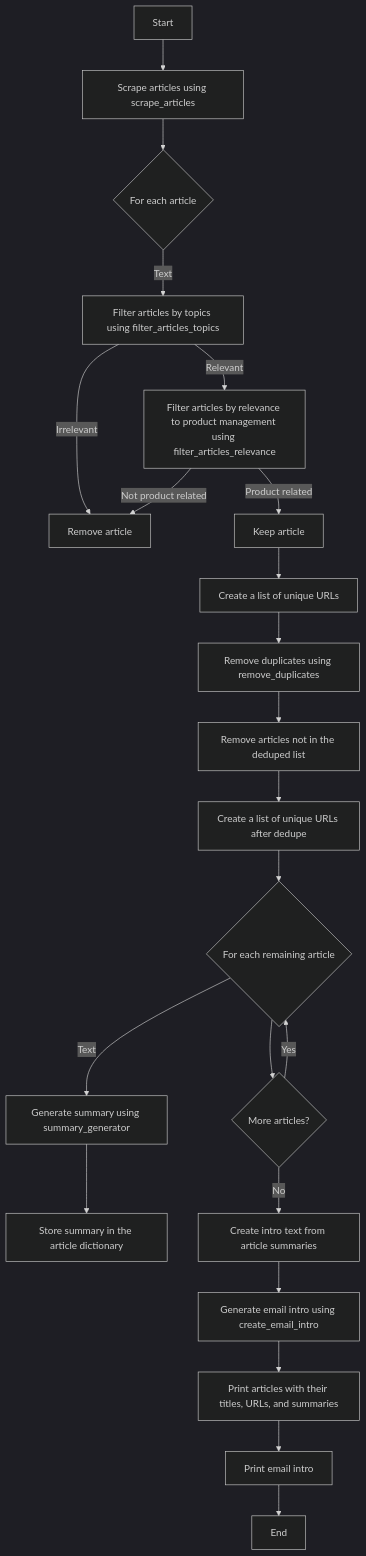
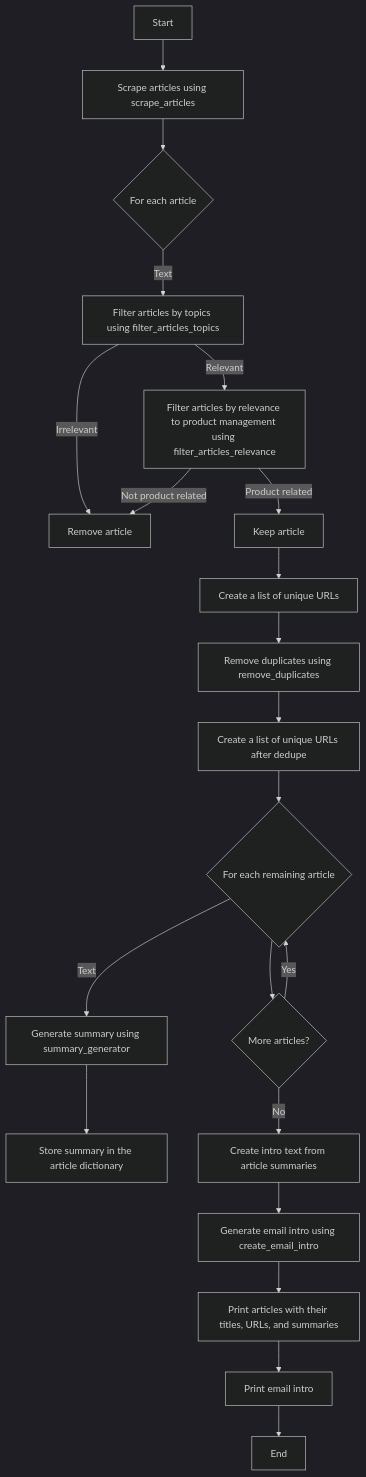
The diagram in README.md (brayden-s-haws/pm_am_newsletter), drawn with Mermaid (dark theme) before and after one commit.

````diff
--- a/README.md
+++ b/README.md
@@ -20,24 +20,23 @@
 ```mermaid
 graph TD
 A[Start] --> B[Scrape articles using scrape_articles]
 B --> C{For each article}
 C -->|Text| D[Filter articles by topics using filter_articles_topics]
 D -->|Relevant| E[Filter articles by relevance to product management using filter_articles_relevance]
 D -->|Irrelevant| F[Remove article]
 E -->|Product related| G[Keep article]
 E -->|Not product related| F
 G --> H[Create a list of unique URLs]
 H --> I[Remove duplicates using remove_duplicates]
-I --> J[Remove articles not in the deduped list]
-J --> K[Create a list of unique URLs after dedupe]
+I --> K[Create a list of unique URLs after dedupe]
 K --> N{For each remaining article}
 N -->|Text| O[Generate summary using summary_generator]
 O --> P[Store summary in the article dictionary]
 N --> Q{More articles?}
 Q -->|Yes| N
 Q -->|No| R[Create intro text from article summaries]
 R --> S[Generate email intro using create_email_intro]
 S --> T[Print articles with their titles, URLs, and summaries]
 T --> U[Print email intro]
 U --> V[End]
 ```
````
